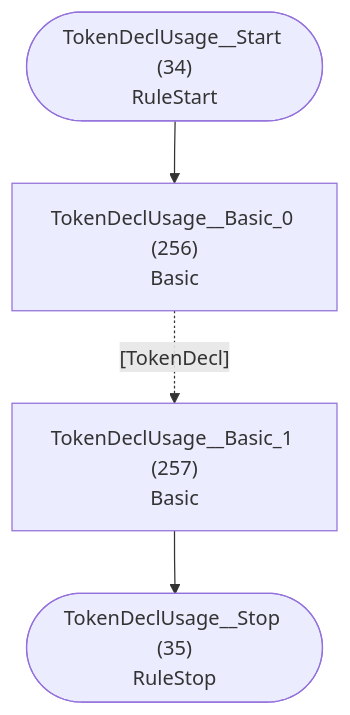
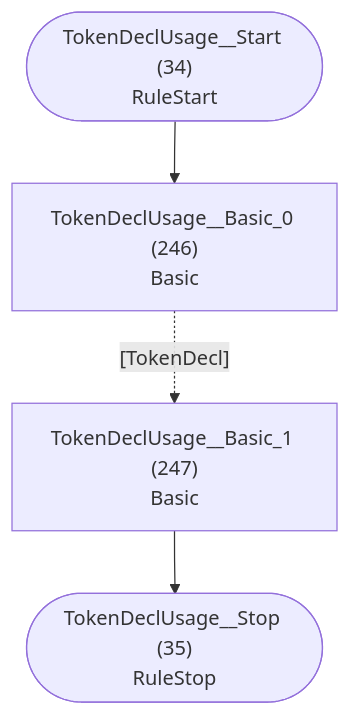
One commit to TypeFox/fastbelt changed diagram 18 of 40 in internal/grammar/atn.md. Above: the diagram before and after it, drawn with Mermaid. The commit also changed other lines of this file and 145 other files, not shown here.

````diff
--- a/internal/grammar/atn.md
+++ b/internal/grammar/atn.md
@@ -564,11 +542,11 @@
 ```mermaid
 flowchart TD
     q34(["TokenDeclUsage__Start (34)<br/>RuleStart"])
     q35(["TokenDeclUsage__Stop (35)<br/>RuleStop"])
-    q256["TokenDeclUsage__Basic_0 (256)<br/>Basic<br/>"]
-    q257["TokenDeclUsage__Basic_1 (257)<br/>Basic<br/>"]
+    q246["TokenDeclUsage__Basic_0 (246)<br/>Basic<br/>"]
+    q247["TokenDeclUsage__Basic_1 (247)<br/>Basic<br/>"]
 
-    q34 --> q256
-    q256 -.->|"[TokenDecl]"| q257
-    q257 --> q35
+    q34 --> q246
+    q246 -.->|"[TokenDecl]"| q247
+    q247 --> q35
 ```
````
